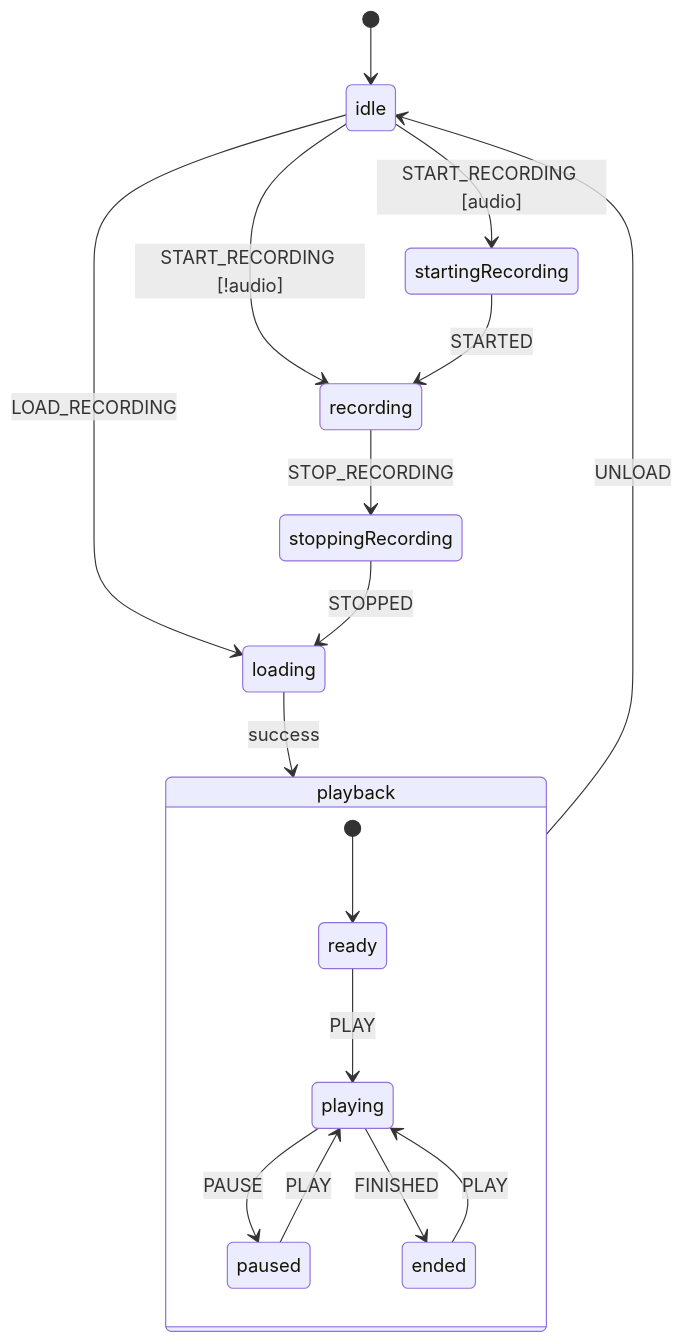
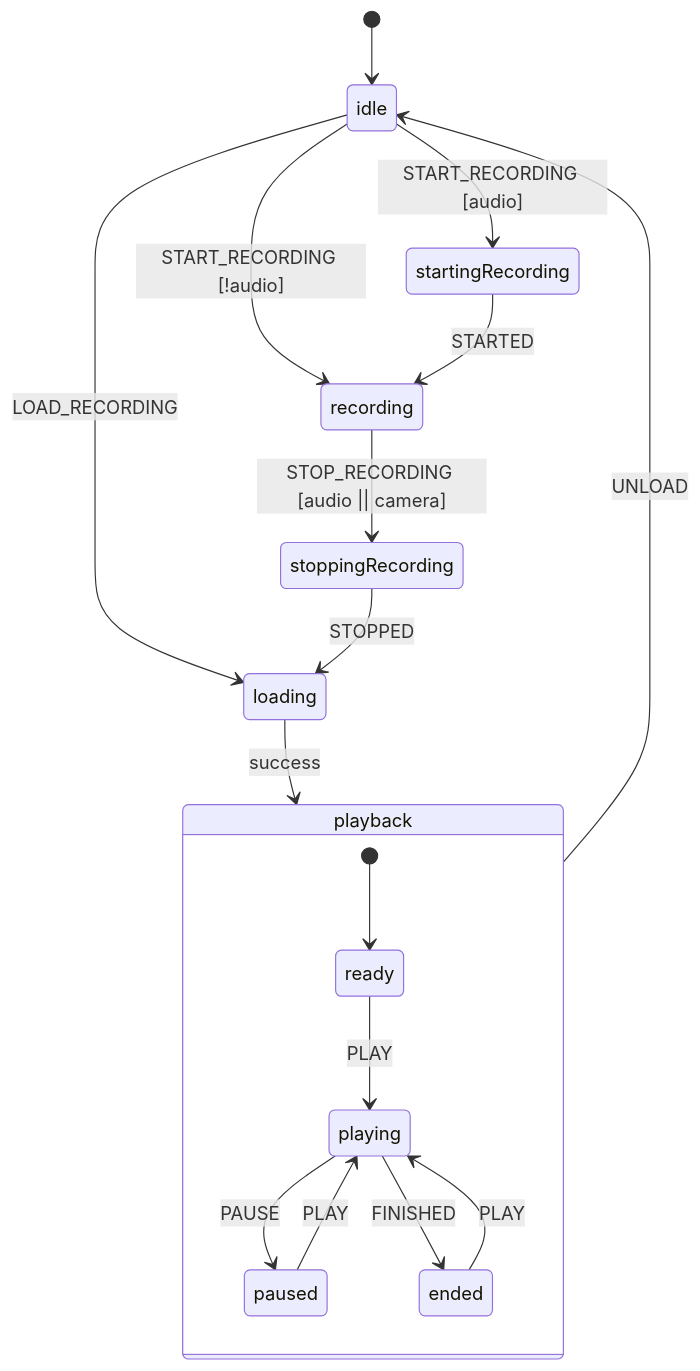
The sixth of 6 diagrams in docs/core.md (channyeintun/next-editor), drawn with Mermaid before and after one commit. The commit also changed other lines of this file and 7 other files, not shown here.

Commit message:
Document camera recording support

````diff
--- a/docs/core.md
+++ b/docs/core.md
@@ -270,24 +274,24 @@
 ```mermaid
 stateDiagram-v2
     [*] --> idle
     idle --> startingRecording : START_RECORDING [audio]
     idle --> recording : START_RECORDING [!audio]
     idle --> loading : LOAD_RECORDING
 
     startingRecording --> recording : STARTED
-    recording --> stoppingRecording : STOP_RECORDING
+    recording --> stoppingRecording : STOP_RECORDING [audio || camera]
     stoppingRecording --> loading : STOPPED
 
     loading --> playback : success
 
     state playback {
         [*] --> ready
         ready --> playing : PLAY
         playing --> paused : PAUSE
         playing --> ended : FINISHED
         paused --> playing : PLAY
         ended --> playing : PLAY
     }
 
     playback --> idle : UNLOAD
 ```
````
